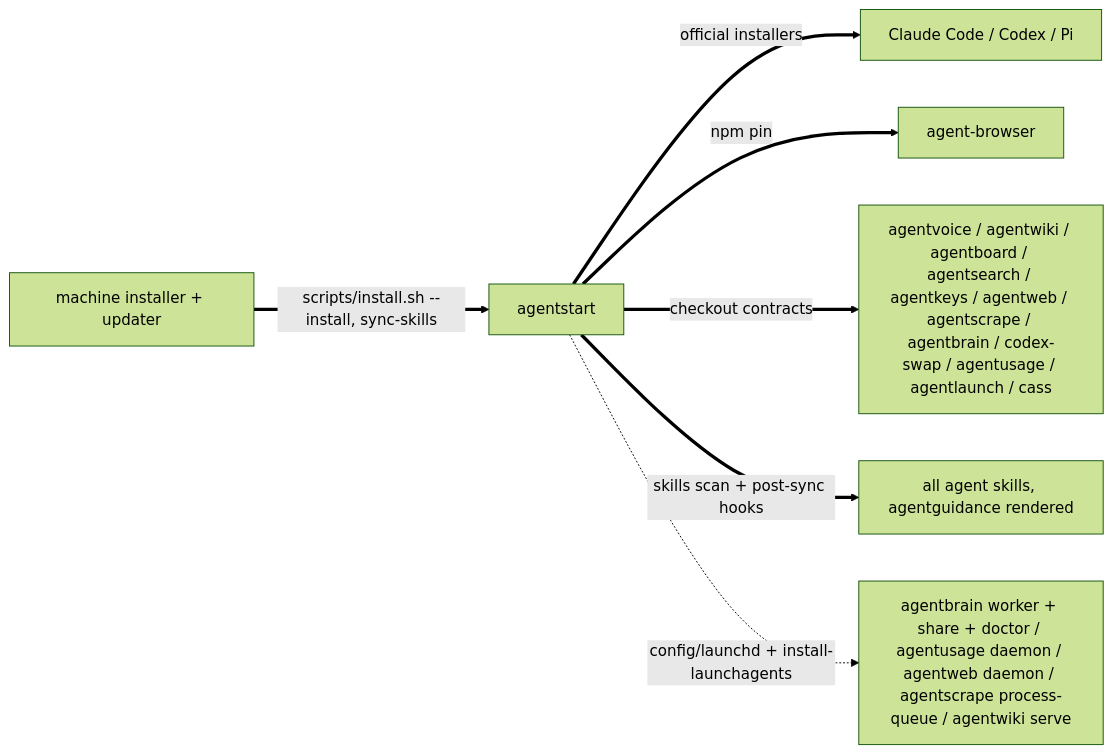
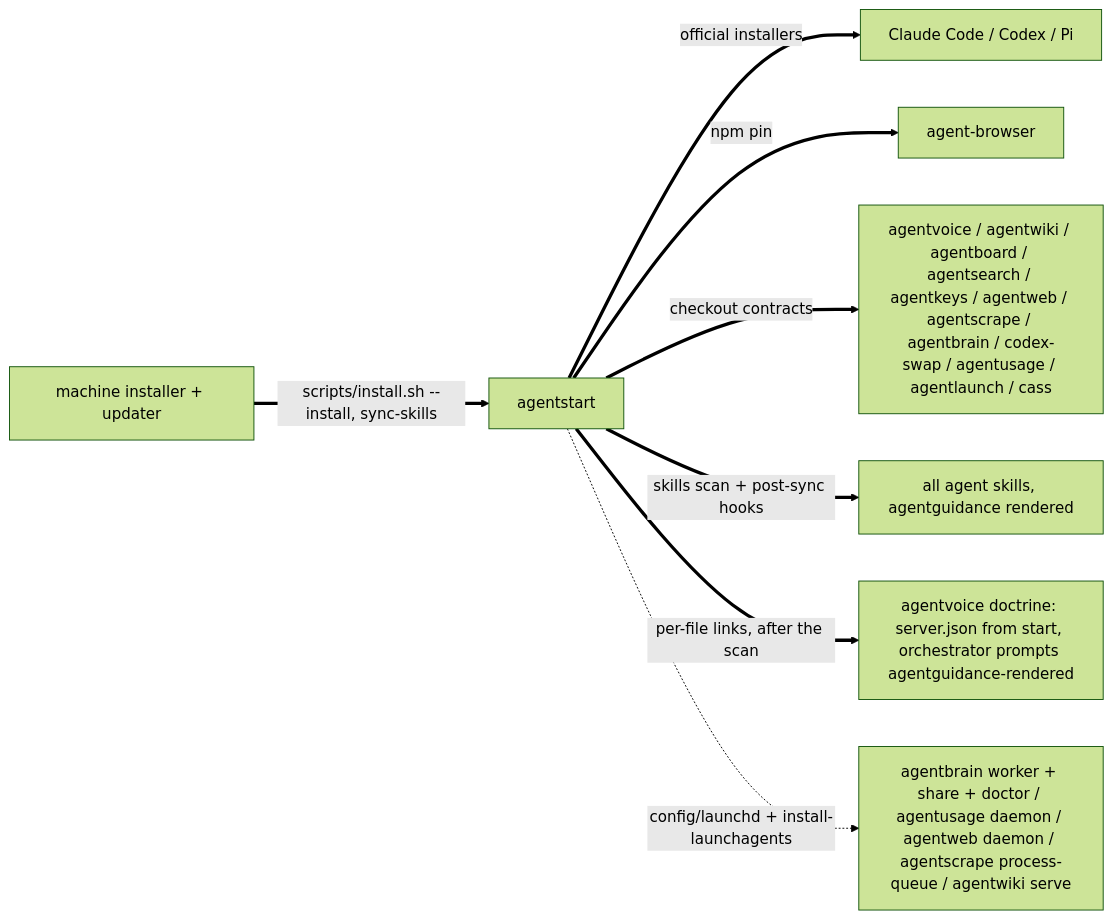
The second of 3 diagrams in skills/fleet/MAP.md (possibilities/agentdots), drawn with Mermaid (forest theme) before and after one commit. The commit also changed other lines of this file and 5 other files, not shown here.

First line of the commit message:
Link the voice orchestrator doctrine from agentguidance's render

````diff
--- a/skills/fleet/MAP.md
+++ b/skills/fleet/MAP.md
@@ -68,12 +68,13 @@
 ```mermaid
 flowchart LR
     machine[machine installer + updater]
     start[agentstart]
 
     machine ==>|scripts/install.sh --install, sync-skills| start
     start ==>|official installers| harnesses[Claude Code / Codex / Pi]
     start ==>|npm pin| browser[agent-browser]
     start ==>|checkout contracts| fleet[agentvoice / agentwiki / agentboard / agentsearch / agentkeys / agentweb / agentscrape / agentbrain / codex-swap / agentusage / agentlaunch / cass]
     start ==>|skills scan + post-sync hooks| skills[all agent skills, agentguidance rendered]
+    start ==>|per-file links, after the scan| voiceDoctrine[agentvoice doctrine: server.json from start, orchestrator prompts agentguidance-rendered]
     start -.->|config/launchd + install-launchagents| services[agentbrain worker + share + doctor / agentusage daemon / agentweb daemon / agentscrape process-queue / agentwiki serve]
 ```
````
